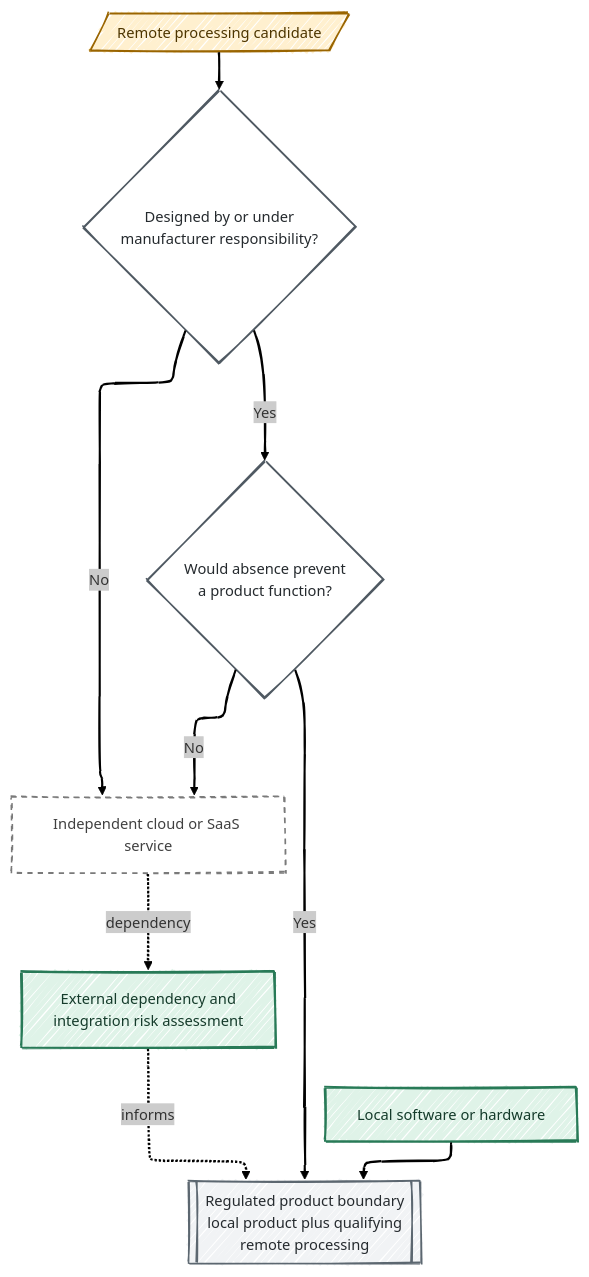
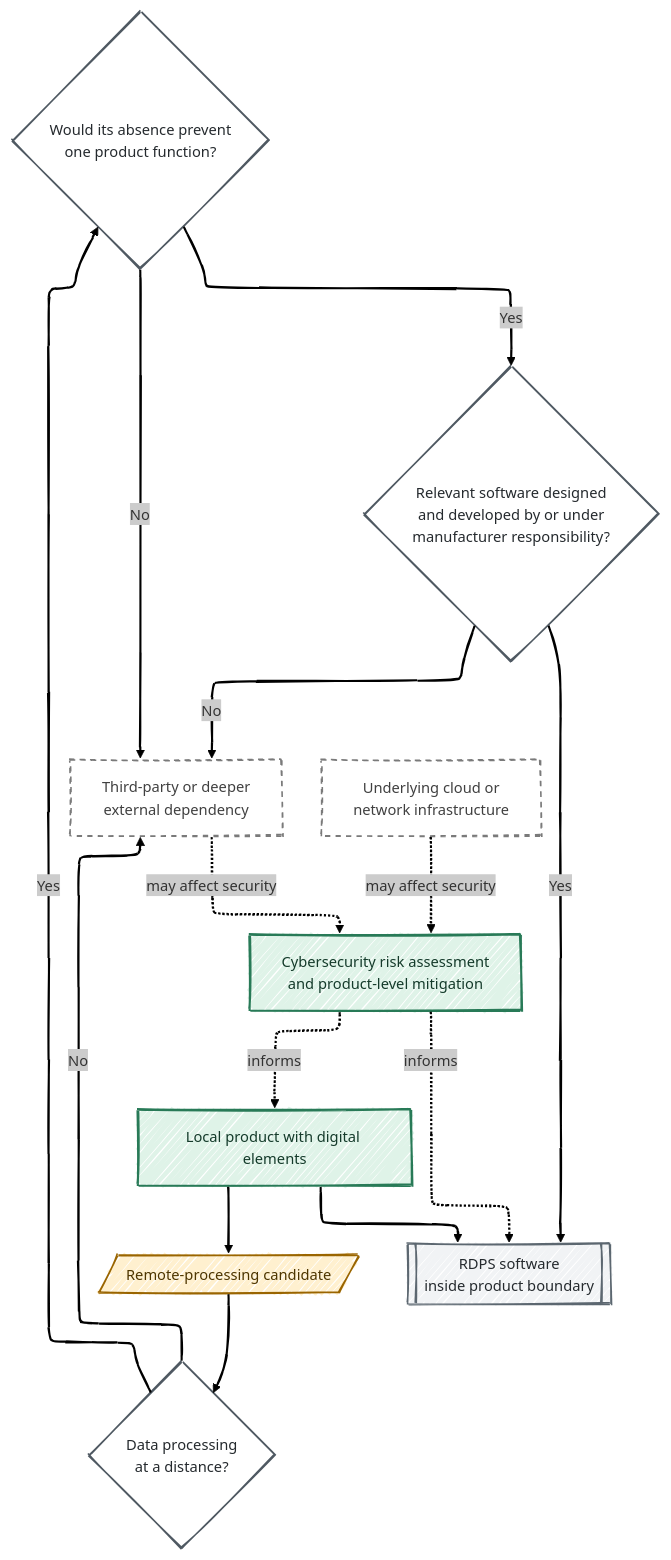
Before and after one commit to antomon/antomon.github.io: the third of 18 diagrams in longforms/cyber-resilience-act-the-new-product-security-baseline/index.qmd, drawn with Mermaid. The commit also changed other lines of this file and 54 other files, not shown here.

````diff
--- a/longforms/cyber-resilience-act-the-new-product-security-baseline/index.qmd
+++ b/longforms/cyber-resilience-act-the-new-product-security-baseline/index.qmd
@@ -148,30 +310,40 @@
 ```{mermaid}
 %%| label: fig-cyber-resilience-act-the-new-product-security-baseline-product-boundary
-%%| fig-cap: "The product boundary follows functional necessity and manufacturer responsibility, not the location of computation."
-%%| fig-alt: "A grey integrated system contains a green local product and an amber manufacturer-controlled remote-processing candidate. A decision asks whether the remote software is designed under manufacturer responsibility and whether its absence prevents a product function. If both conditions hold, it enters the regulated product boundary. A dashed white independent cloud or SaaS service remains contextual, while its integration risk still informs the product risk assessment."
+%%| fig-cap: "A remote software element enters the CRA product boundary only when remote processing is functionally necessary and the relevant software was designed and developed by or under the responsibility of the manufacturer."
+%%| fig-alt: "A local product connects to a remote-processing candidate. The analysis asks whether data processing occurs at a distance, whether absence of that processing would prevent one of the product's functions, and whether the relevant software was designed and developed by or under the responsibility of the manufacturer. Three positive answers include the software element as an RDPS within the product boundary. Third-party software, deeper backend systems, cloud infrastructure, and connectivity networks can remain outside the RDPS boundary while still contributing to cybersecurity risk where applicable."
 %%| fig-align: center
 %%{init: {"theme": "neo", "look": "handDrawn", "layout": "elk"}}%%
 flowchart TD
-    LOCAL[Local software or hardware]:::product
-    REMOTE[/Remote processing candidate/]:::overlay
-    RESPONSIBILITY{Designed by or under<br/>manufacturer responsibility?}:::test
-    NECESSARY{Would absence prevent<br/>a product function?}:::test
-    BOUNDARY[[Regulated product boundary<br/>local product plus qualifying<br/>remote processing]]:::system
-    EXTERNAL[Independent cloud or SaaS service]:::context
-    RISK[External dependency and<br/>integration risk assessment]:::product
+    LOCAL[Local product with digital elements]:::product
+    REMOTE[/Remote-processing candidate/]:::overlay
 
-    LOCAL --> BOUNDARY
-    REMOTE --> RESPONSIBILITY
-    RESPONSIBILITY -- Yes --> NECESSARY
+    DISTANCE{Data processing<br/>at a distance?}:::test
+    FUNCTION{Would its absence prevent<br/>one product function?}:::test
+    RESPONSIBILITY{Relevant software designed<br/>and developed by or under<br/>manufacturer responsibility?}:::test
+
+    RDPS[[RDPS software<br/>inside product boundary]]:::system
+    EXTERNAL[Third-party or deeper<br/>external dependency]:::context
+    INFRA[Underlying cloud or<br/>network infrastructure]:::context
+    RISK[Cybersecurity risk assessment<br/>and product-level mitigation]:::product
+
+    LOCAL --> REMOTE
+    REMOTE --> DISTANCE
+    DISTANCE -- Yes --> FUNCTION
+    DISTANCE -- No --> EXTERNAL
+    FUNCTION -- Yes --> RESPONSIBILITY
+    FUNCTION -- No --> EXTERNAL
+    RESPONSIBILITY -- Yes --> RDPS
     RESPONSIBILITY -- No --> EXTERNAL
-    NECESSARY -- Yes --> BOUNDARY
-    NECESSARY -- No --> EXTERNAL
-    EXTERNAL -. dependency .-> RISK
-    RISK -. informs .-> BOUNDARY
+
+    LOCAL --> RDPS
+    EXTERNAL -. may affect security .-> RISK
+    INFRA -. may affect security .-> RISK
+    RISK -. informs .-> LOCAL
+    RISK -. informs .-> RDPS
 
     classDef product fill:#dff3e8,stroke:#287a57,stroke-width:2px,color:#153b2b;
     classDef overlay fill:#fff0cf,stroke:#9a6500,stroke-width:1.5px,color:#4d3500;
     classDef system fill:#f1f3f5,stroke:#5c6770,stroke-width:1.5px,color:#252a2e;
     classDef test fill:#ffffff,stroke:#4f5962,stroke-width:1.5px,color:#252a2e;
     classDef context fill:#ffffff,stroke:#7a7a7a,stroke-width:1.5px,stroke-dasharray:5 5,color:#404040;
 ```
````
